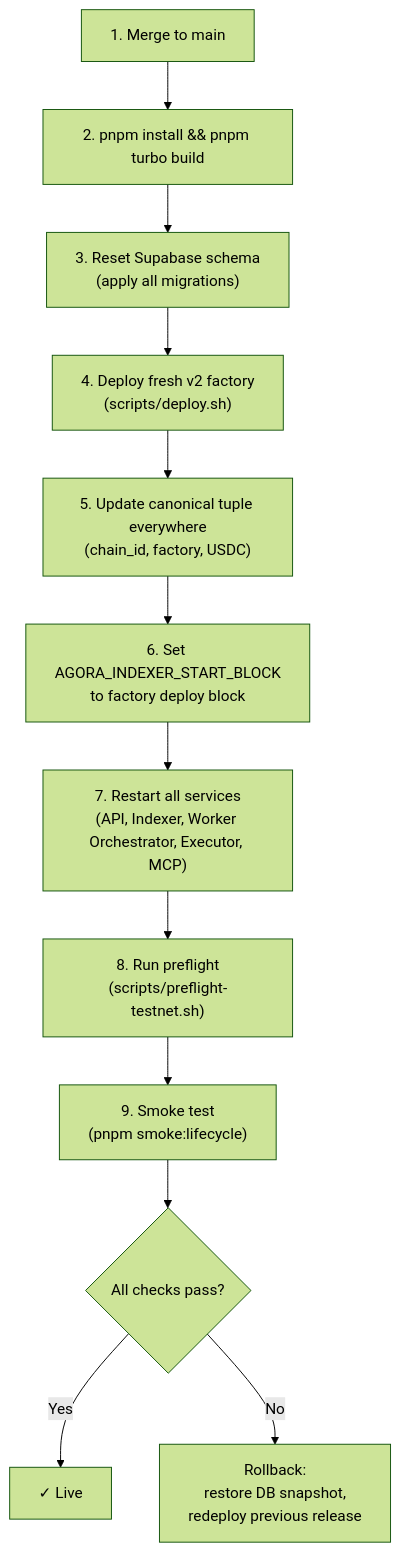
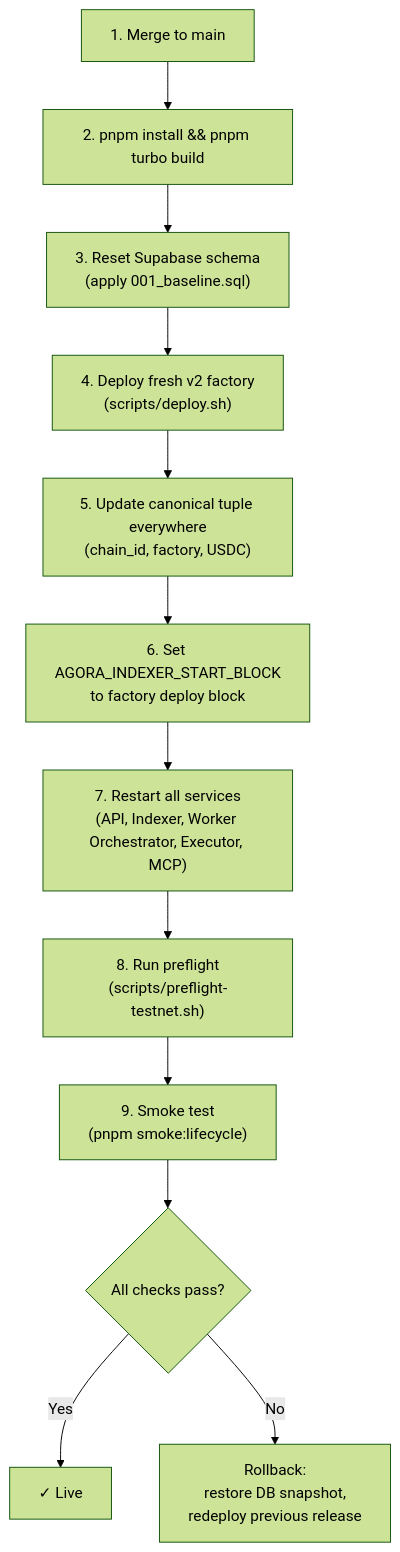
One commit to andymolecule/Agora changed the diagram in docs/deployment.md. Above: the diagram before and after it, drawn with Mermaid (forest theme). The commit also changed other lines of this file and 155 other files, not shown here.

````diff
--- a/docs/deployment.md
+++ b/docs/deployment.md
@@ -99,14 +99,14 @@
 ```mermaid
 flowchart TB
     A["1. Merge to main"] --> B["2. pnpm install && pnpm turbo build"]
-    B --> C["3. Reset Supabase schema<br/>(apply all migrations)"]
+    B --> C["3. Reset Supabase schema<br/>(apply 001_baseline.sql)"]
     C --> D["4. Deploy fresh v2 factory<br/>(scripts/deploy.sh)"]
     D --> E["5. Update canonical tuple everywhere<br/>(chain_id, factory, USDC)"]
     E --> F["6. Set AGORA_INDEXER_START_BLOCK<br/>to factory deploy block"]
     F --> G["7. Restart all services<br/>(API, Indexer, Worker Orchestrator, Executor, MCP)"]
     G --> H["8. Run preflight<br/>(scripts/preflight-testnet.sh)"]
     H --> I["9. Smoke test<br/>(pnpm smoke:lifecycle)"]
     I --> J{"All checks pass?"}
     J -->|Yes| K["✓ Live"]
     J -->|No| L["Rollback:<br/>restore DB snapshot,<br/>redeploy previous release"]
 ```
````
